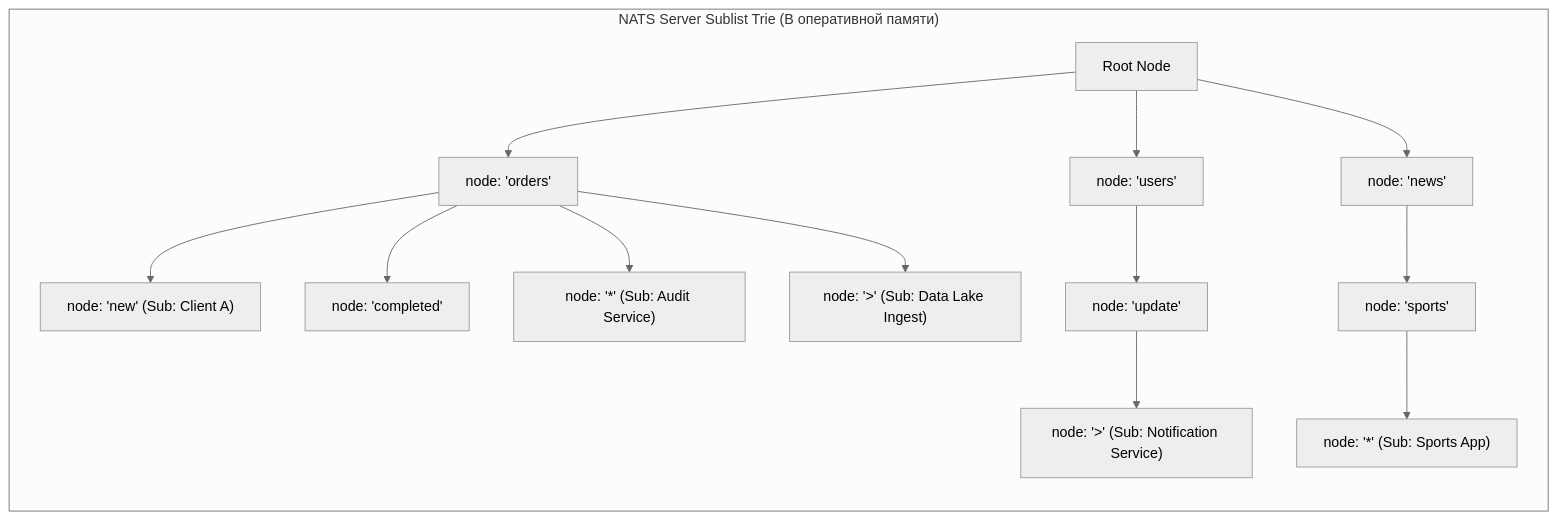
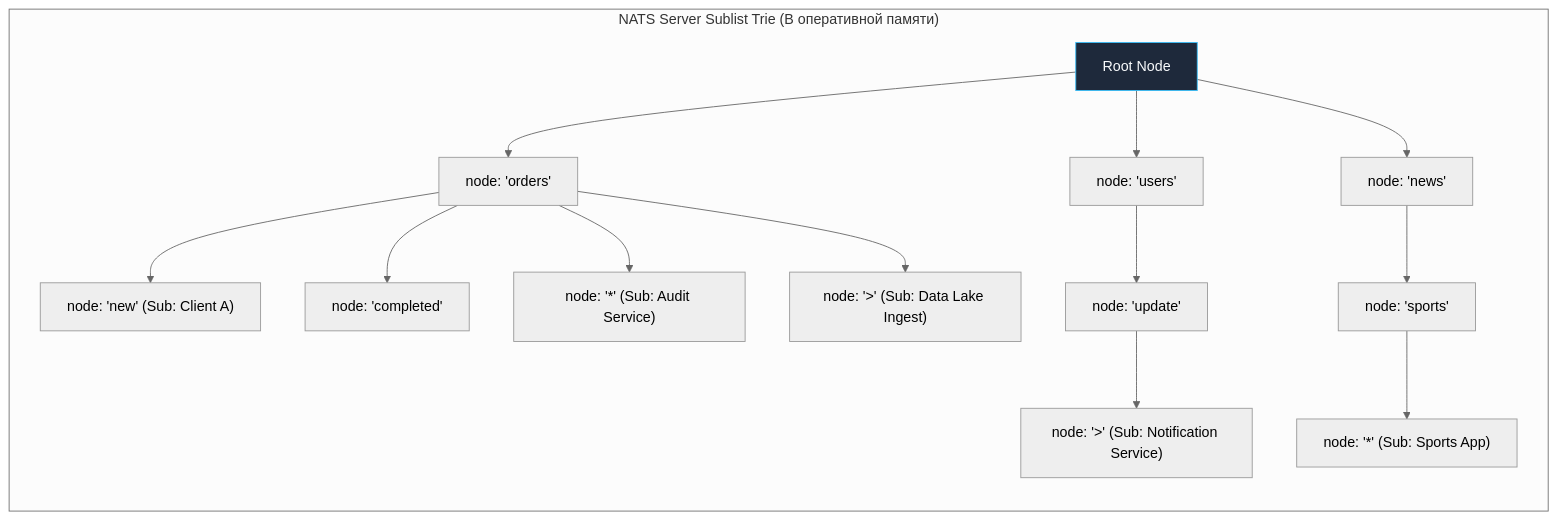
One commit to UnrealTemplier/go-textbook changed the second of 3 diagrams in sources/13. Очереди, брокеры сообщений и оркестраторы/04. NATS/3. Subject based routing.md. Above: the diagram before and after it, drawn with Mermaid (neutral theme). The commit also changed other lines of this file and 1666 other files, not shown here.

First line of the commit message:
feat(mermaid): add semantic color classDef to 1369 colorless flowchart/graph diagrams

````diff
--- a/sources/13. Очереди, брокеры сообщений и оркестраторы/04. NATS/3. Subject based routing.md
+++ b/sources/13. Очереди, брокеры сообщений и оркестраторы/04. NATS/3. Subject based routing.md
@@ -100,22 +110,32 @@
 ```mermaid
 flowchart TD
+    classDef process  fill:#1e293b,stroke:#38bdf8,stroke-width:1px,color:#f8fafc
+    classDef success  fill:#064e3b,stroke:#34d399,stroke-width:1px,color:#f8fafc
+    classDef error    fill:#7f1d1d,stroke:#f87171,stroke-width:1px,color:#f8fafc
+    classDef warning  fill:#78350f,stroke:#fbbf24,stroke-width:1px,color:#f8fafc
+    classDef entry    fill:#1e3a5f,stroke:#38bdf8,stroke-width:2px,color:#f8fafc
+    classDef aux      fill:#334155,stroke:#64748b,stroke-width:1px,color:#f8fafc
+    classDef system   fill:#312e81,stroke:#a78bfa,stroke-width:1px,color:#f8fafc
+    classDef data     fill:#132d29,stroke:#2dd4bf,stroke-width:1px,color:#f8fafc
+    classDef network  fill:#881337,stroke:#fb7185,stroke-width:1px,color:#f8fafc
+    classDef accent   fill:#1e1b4b,stroke:#818cf8,stroke-width:1px,color:#f8fafc
     subgraph "NATS Server Sublist Trie (В оперативной памяти)"
         direction TB
-        Root["Root Node"]
+        Root["Root Node"]:::process
         
         Root --> N_orders["node: 'orders'"]
         Root --> N_users["node: 'users'"]
         Root --> N_news["node: 'news'"]
 
         N_orders --> O_new["node: 'new' (Sub: Client A)"]
         N_orders --> O_comp["node: 'completed'"]
         N_orders --> O_star["node: '*' (Sub: Audit Service)"]
         N_orders --> O_gt["node: '>' (Sub: Data Lake Ingest)"]
 
         N_users --> U_update["node: 'update'"]
         U_update --> U_gt["node: '>' (Sub: Notification Service)"]
 
         N_news --> NW_sports["node: 'sports'"]
         NW_sports --> NW_star["node: '*' (Sub: Sports App)"]
     end
 ```
````
